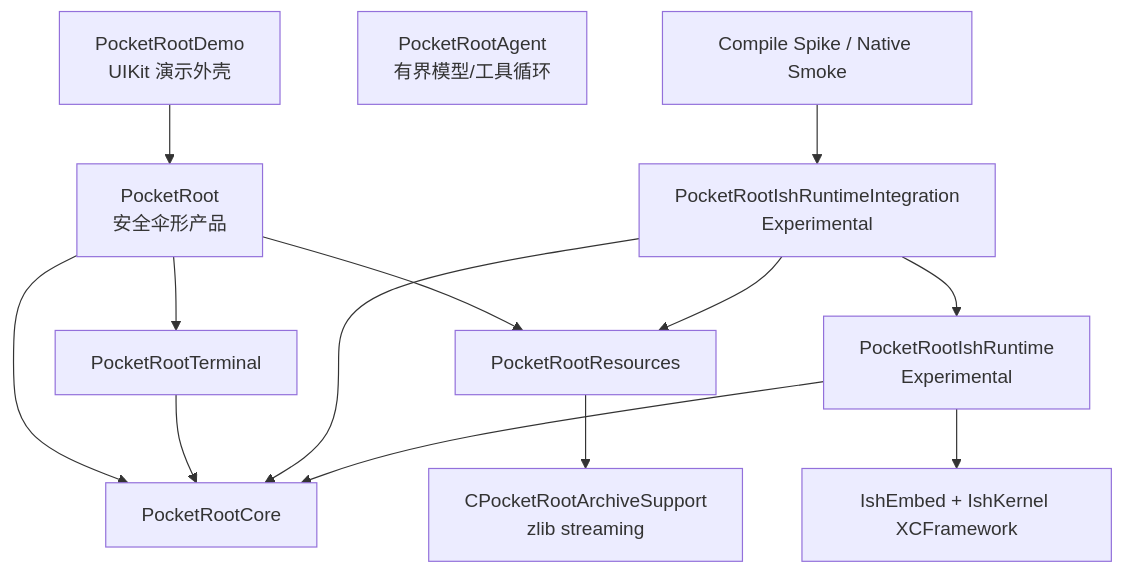
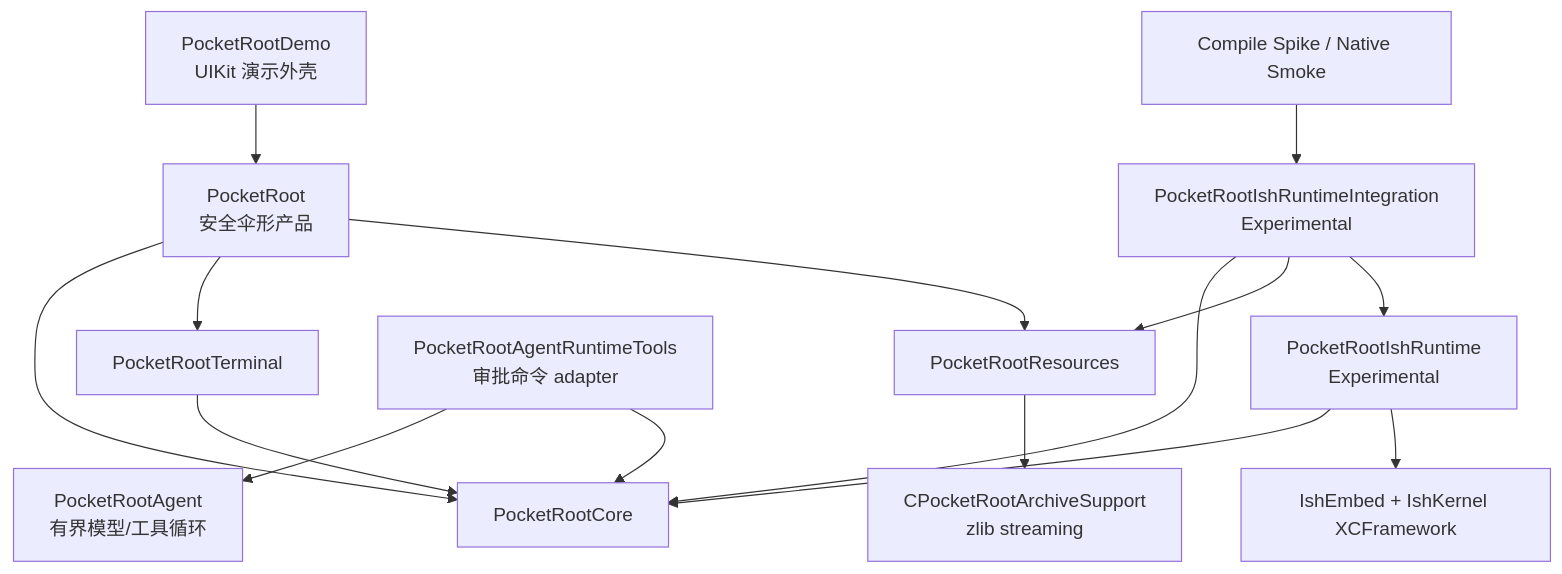
Before and after one commit to jacklv-coder/PocketRoot: the first of 3 diagrams in Docs/Architecture.md, drawn with Mermaid. The commit also changed other lines of this file and 26 other files, not shown here.

````diff
--- a/Docs/Architecture.md
+++ b/Docs/Architecture.md
@@ -34,19 +34,21 @@
 ```mermaid
 flowchart TB
     Demo["PocketRootDemo<br/>UIKit 演示外壳"] --> Umbrella["PocketRoot<br/>安全伞形产品"]
     Umbrella --> Core["PocketRootCore"]
     Umbrella --> Terminal["PocketRootTerminal"]
     Umbrella --> Resources["PocketRootResources"]
 
     Terminal --> Core
     Resources --> Archive["CPocketRootArchiveSupport<br/>zlib streaming"]
     Agent["PocketRootAgent<br/>有界模型/工具循环"]
+    AgentTools["PocketRootAgentRuntimeTools<br/>审批命令 adapter"] --> Agent
+    AgentTools --> Core
 
     Integration["PocketRootIshRuntimeIntegration<br/>Experimental"] --> Core
     Integration --> Resources
     Integration --> Runtime["PocketRootIshRuntime<br/>Experimental"]
     Runtime --> Core
     Runtime --> IshEmbed["IshEmbed + IshKernel XCFramework"]
 
     Smoke["Compile Spike / Native Smoke"] --> Integration
 ```
````
